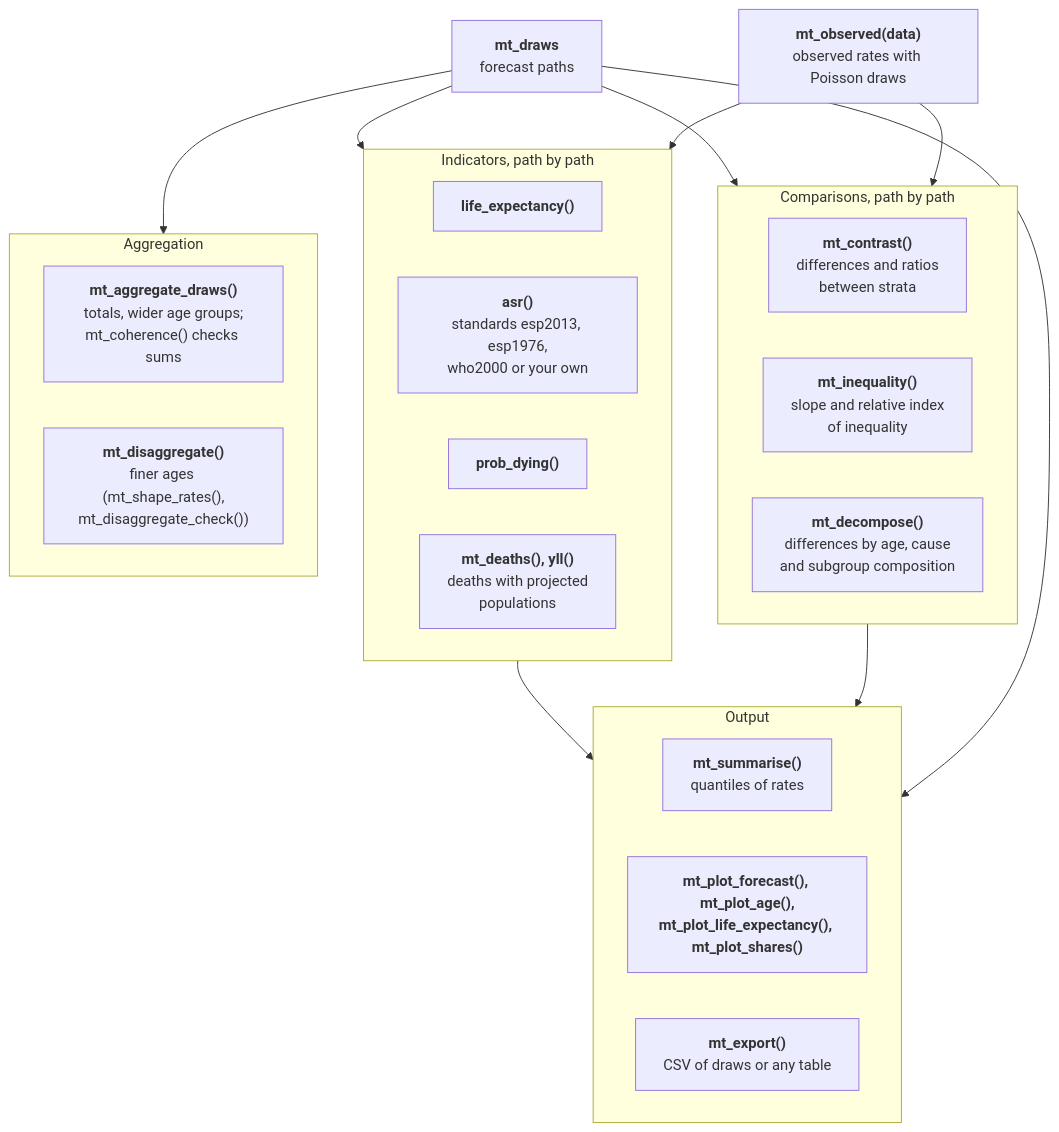
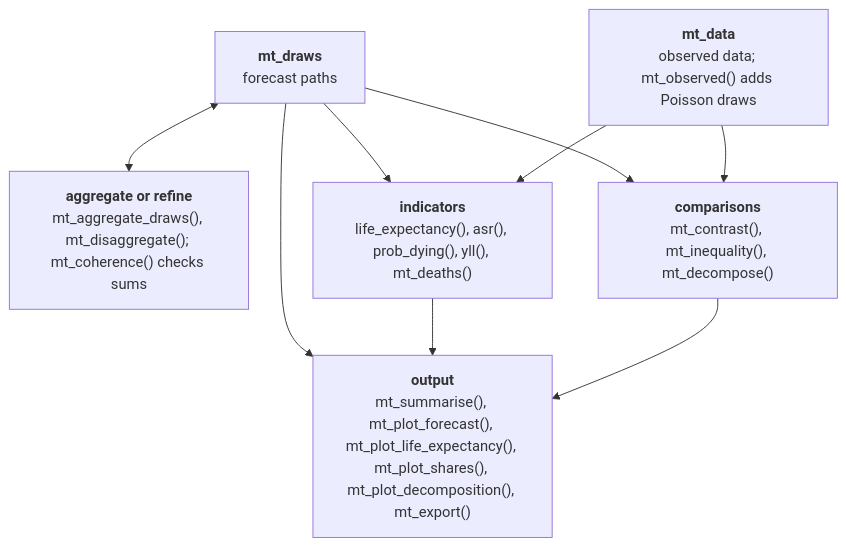
One commit to kalleEF/mortensor changed the fifth of 5 diagrams in vignettes/articles/function-map.Rmd. Above: the diagram before and after it, drawn with Mermaid. The commit also changed other lines of this file and 4 other files, not shown here.

First line of the commit message:
Function map: readable diagrams on the website

````diff
--- a/vignettes/articles/function-map.Rmd
+++ b/vignettes/articles/function-map.Rmd
@@ -195,56 +145,23 @@
 ```mermaid
 flowchart TD
   P["`**mt_draws**
   forecast paths`"]
-  O["`**mt_observed(data)**
-  observed rates with Poisson draws`"]
-  subgraph IND["Indicators, path by path"]
-    direction LR
-    I1["`**life_expectancy()**`"]
-    I2["`**asr()**
-    standards esp2013, esp1976,
-    who2000 or your own`"]
-    I3["`**prob_dying()**`"]
-    I4["`**mt_deaths(), yll()**
-    deaths with projected
-    populations`"]
-  end
-  subgraph COMP["Comparisons, path by path"]
-    direction LR
-    C1["`**mt_contrast()**
-    differences and ratios
-    between strata`"]
-    C2["`**mt_inequality()**
-    slope and relative index
-    of inequality`"]
-    C3["`**mt_decompose()**
-    differences by age, cause
-    and subgroup composition`"]
-  end
-  subgraph AGG["Aggregation"]
-    direction LR
-    G1["`**mt_aggregate_draws()**
-    totals, wider age groups;
-    mt_coherence() checks sums`"]
-    G2["`**mt_disaggregate()**
-    finer ages (mt_shape_rates(),
-    mt_disaggregate_check())`"]
-  end
-  subgraph OUT["Output"]
-    direction LR
-    X1["`**mt_summarise()**
-    quantiles of rates`"]
-    X2["`**mt_plot_forecast(), mt_plot_age(),
-    mt_plot_life_expectancy(), mt_plot_shares()**`"]
-    X3["`**mt_export()**
-    CSV of draws or any table`"]
-  end
-  P --> AGG
+  O["`**mt_data**
+  observed data; mt_observed() adds Poisson draws`"]
+  AGG["`**aggregate or refine**
+  mt_aggregate_draws(), mt_disaggregate(); mt_coherence() checks sums`"]
+  IND["`**indicators**
+  life_expectancy(), asr(), prob_dying(), yll(), mt_deaths()`"]
+  COMP["`**comparisons**
+  mt_contrast(), mt_inequality(), mt_decompose()`"]
+  OUT["`**output**
+  mt_summarise(), mt_plot_forecast(), mt_plot_life_expectancy(), mt_plot_shares(), mt_plot_decomposition(), mt_export()`"]
+  P <--> AGG
   P --> IND
   O --> IND
   P --> COMP
   O --> COMP
+  P --> OUT
   IND --> OUT
   COMP --> OUT
-  P --> OUT
 ```
````
